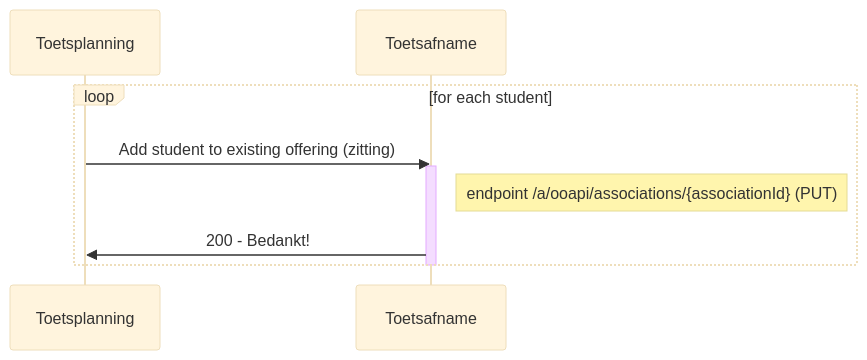
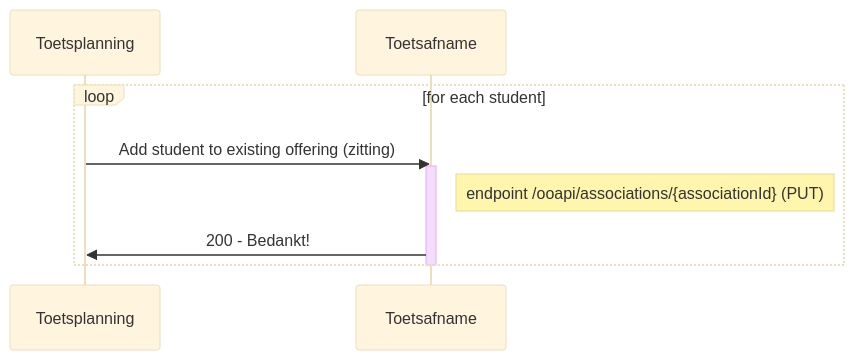
The fifth of 10 diagrams in doc/flow2.md (NetwerkExamineringDigitalisering/NED-OOAPI), drawn with Mermaid (base theme) before and after one commit. The commit also changed other lines of this file and 4 other files, not shown here.

````diff
--- a/doc/flow2.md
+++ b/doc/flow2.md
@@ -268,10 +272,10 @@
 ```mermaid
 sequenceDiagram
     loop for each student
         Toetsplanning->>Toetsafname: Add student to existing offering (zitting)
         activate Toetsafname
-        Note right of Toetsafname: endpoint /a/ooapi/associations/{associationId} (PUT)
+        Note right of Toetsafname: endpoint /ooapi/associations/{associationId} (PUT)
         Toetsafname->>Toetsplanning: 200 - Bedankt!
     end
     deactivate Toetsafname
 ```
````
